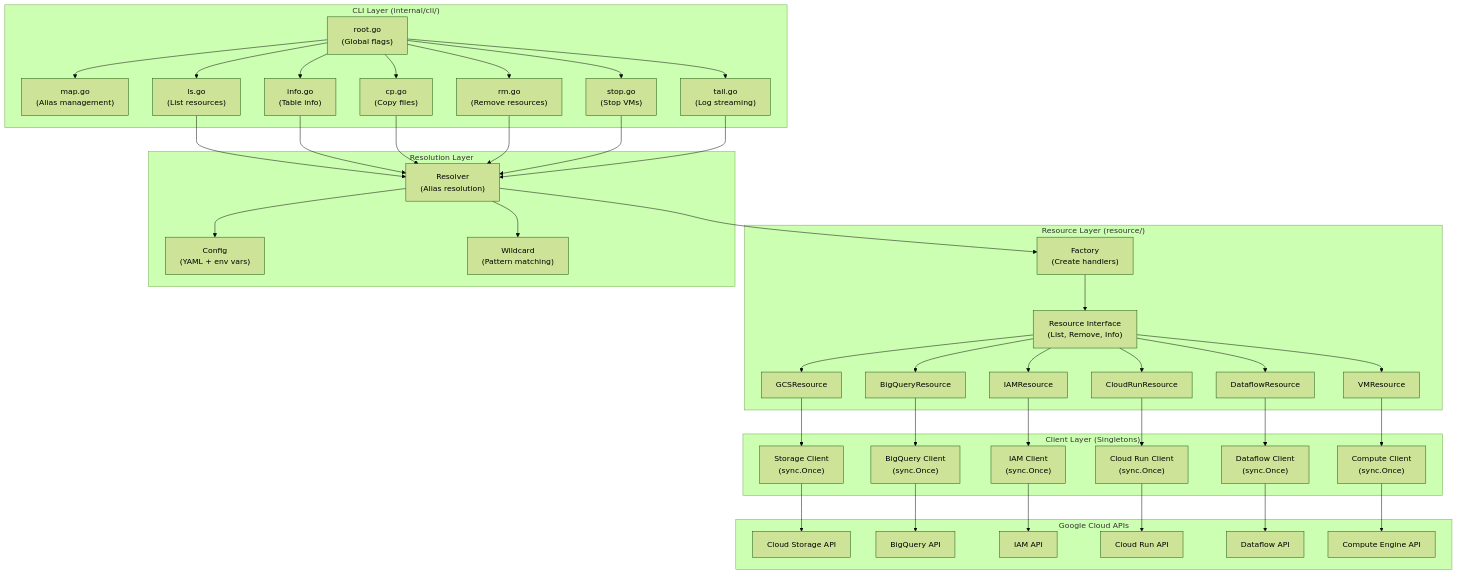
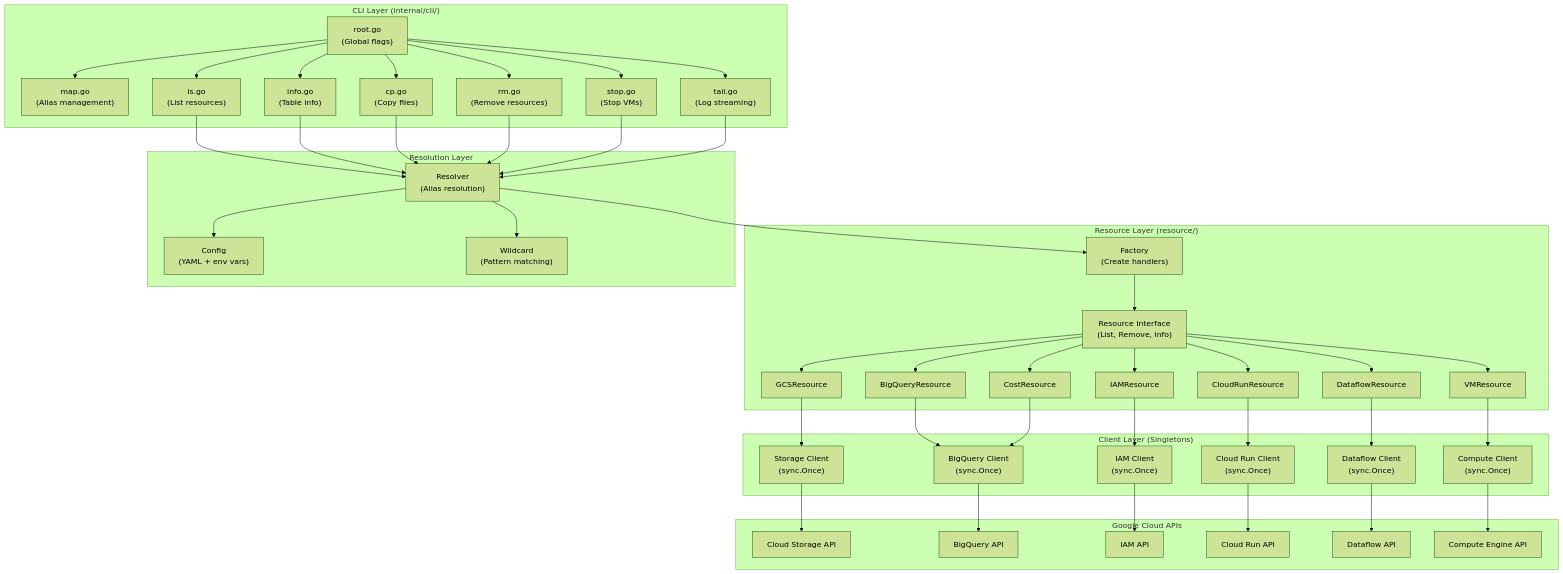
Before and after one commit to thieso2/cio: the first of 3 diagrams in CLAUDE.md, drawn with Mermaid (forest theme). The commit also changed other lines of this file and 23 other files, not shown here.

```diff
--- a/CLAUDE.md
+++ b/CLAUDE.md
@@ -109,6 +112,7 @@
         CRRes["CloudRunResource"]
         DFRes["DataflowResource"]
         VMRes["VMResource"]
+        CostRes["CostResource"]
     end
 
     subgraph "Resolution Layer"
@@ -161,6 +165,7 @@
     Interface --> CRRes
     Interface --> DFRes
     Interface --> VMRes
+    Interface --> CostRes
 
     GCSRes --> StorageClient
     BQRes --> BQClient
@@ -168,6 +173,7 @@
     CRRes --> CRClient
     DFRes --> DFClient
     VMRes --> ComputeClient
+    CostRes --> BQClient
 
     StorageClient --> GCSAPI
     BQClient --> BQAPI
```
